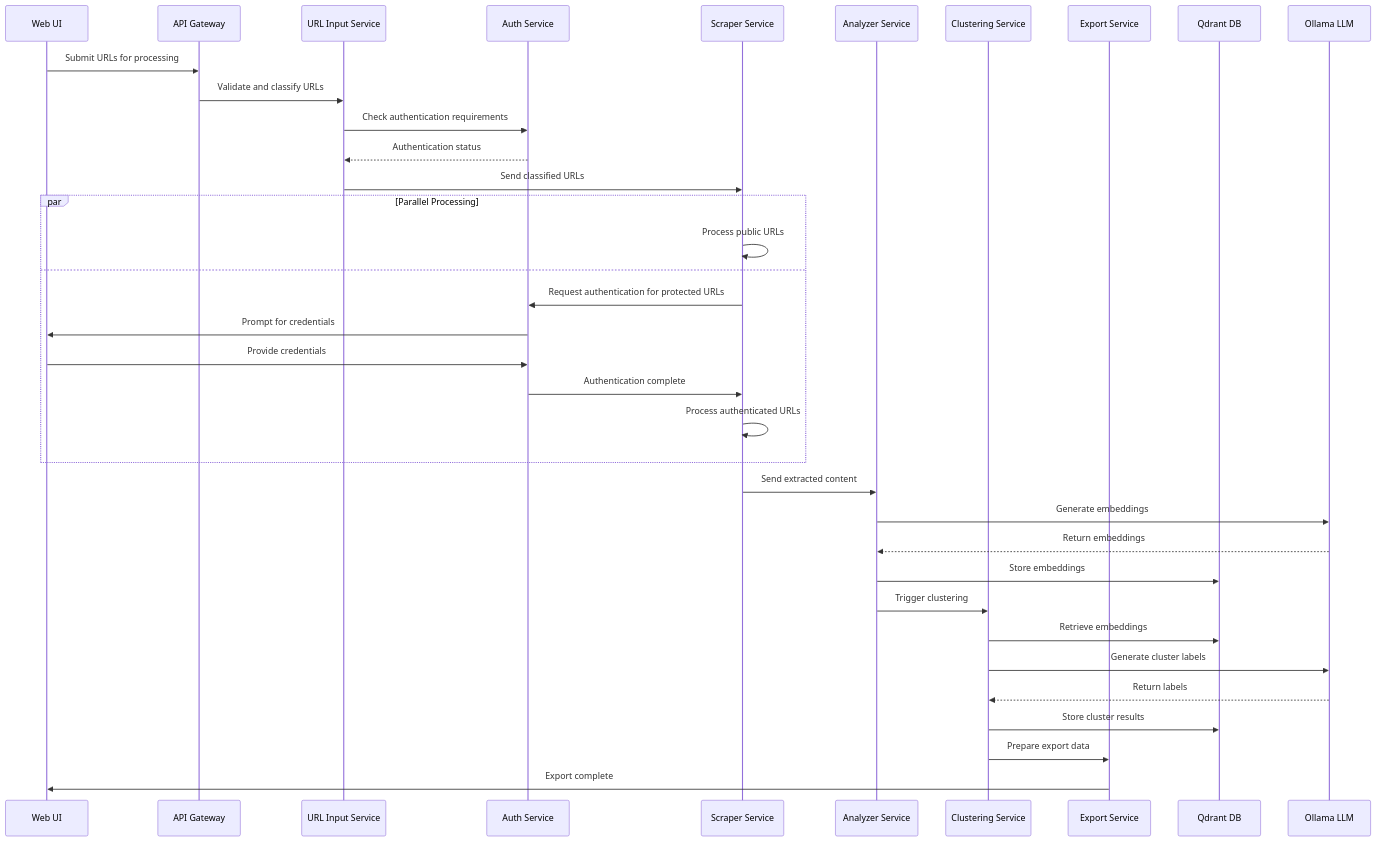
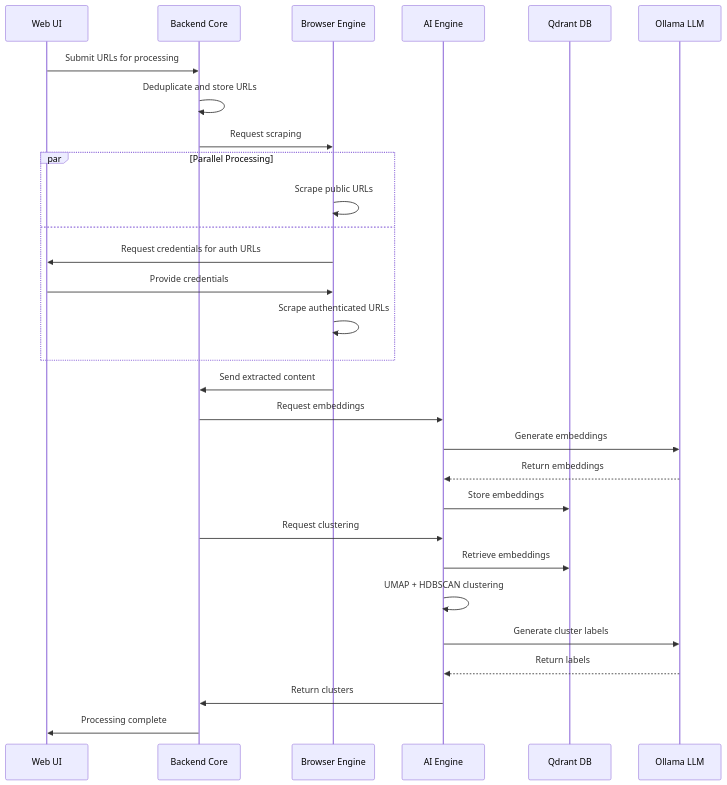
The fourth of 6 diagrams in docs/ARCHITECTURE.md (berdyh/tab-organizer), drawn with Mermaid before and after one commit. The commit also changed other lines of this file and 3 other files, not shown here.

First line of the commit message:
docs: update documentation for 4-service architecture

````diff
--- a/docs/ARCHITECTURE.md
+++ b/docs/ARCHITECTURE.md
@@ -136,43 +113,36 @@
 ```mermaid
 sequenceDiagram
     participant UI as Web UI
-    participant GW as API Gateway
-    participant URL as URL Input Service
-    participant AUTH as Auth Service
-    participant SCRAPER as Scraper Service
-    participant ANALYZER as Analyzer Service
-    participant CLUSTER as Clustering Service
-    participant EXPORT as Export Service
+    participant BE as Backend Core
+    participant BR as Browser Engine
+    participant AI as AI Engine
     participant Q as Qdrant DB
     participant O as Ollama LLM
 
-    UI->>GW: Submit URLs for processing
-    GW->>URL: Validate and classify URLs
-    URL->>AUTH: Check authentication requirements
-    AUTH-->>URL: Authentication status
-    URL->>SCRAPER: Send classified URLs
+    UI->>BE: Submit URLs for processing
+    BE->>BE: Deduplicate and store URLs
+    BE->>BR: Request scraping
     
     par Parallel Processing
-        SCRAPER->>SCRAPER: Process public URLs
+        BR->>BR: Scrape public URLs
     and
-        SCRAPER->>AUTH: Request authentication for protected URLs
-        AUTH->>UI: Prompt for credentials
-        UI->>AUTH: Provide credentials
-        AUTH->>SCRAPER: Authentication complete
-        SCRAPER->>SCRAPER: Process authenticated URLs
+        BR->>UI: Request credentials for auth URLs
+        UI->>BR: Provide credentials
+        BR->>BR: Scrape authenticated URLs
     end
     
-    SCRAPER->>ANALYZER: Send extracted content
-    ANALYZER->>O: Generate embeddings
-    O-->>ANALYZER: Return embeddings
-    ANALYZER->>Q: Store embeddings
+    BR->>BE: Send extracted content
+    BE->>AI: Request embeddings
+    AI->>O: Generate embeddings
+    O-->>AI: Return embeddings
+    AI->>Q: Store embeddings
     
-    ANALYZER->>CLUSTER: Trigger clustering
-    CLUSTER->>Q: Retrieve embeddings
-    CLUSTER->>O: Generate cluster labels
-    O-->>CLUSTER: Return labels
-    CLUSTER->>Q: Store cluster results
+    BE->>AI: Request clustering
+    AI->>Q: Retrieve embeddings
+    AI->>AI: UMAP + HDBSCAN clustering
+    AI->>O: Generate cluster labels
+    O-->>AI: Return labels
+    AI->>BE: Return clusters
     
-    CLUSTER->>EXPORT: Prepare export data
-    EXPORT->>UI: Export complete
+    BE->>UI: Processing complete
 ```
````
